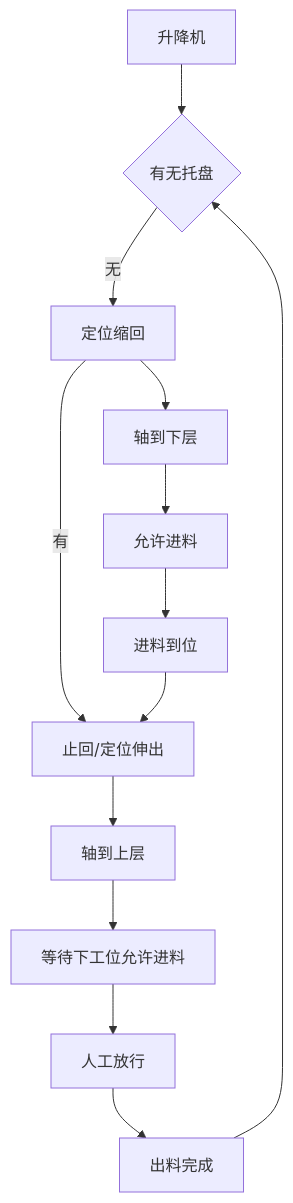
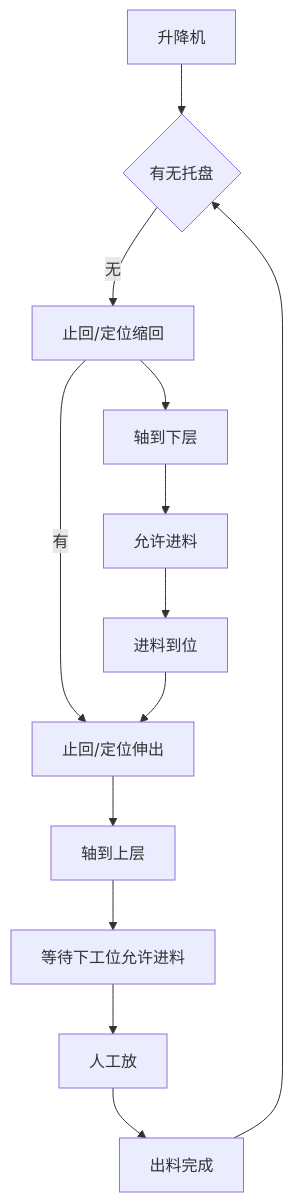
The diagram in all/升降台.md (PengKun1/iodraw-files), drawn with Mermaid before and after one commit.

Commit message:
2024-12-23 10:23:44 update

````diff
--- a/all/升降台.md
+++ b/all/升降台.md
@@ -1,16 +1,15 @@
 ```mermaid
 graph TD
 0[升降机]-->10
 10{有无托盘}-->|无|20
 20-->|有|60
-20[止回/di缩回]-->30
-20[定位缩回]
+20[止回/定位缩回]-->30
 30[轴到下层]-->40
 40[允许进料]-->50
 50[进料到位]-->60
 60[止回/定位伸出]-->70
 70[轴到上层]-->80
 80[等待下工位允许进料]-->90
-90[人工放行]-->100
+90[人工放]-->100
 100[出料完成]-->10
 ```
````
